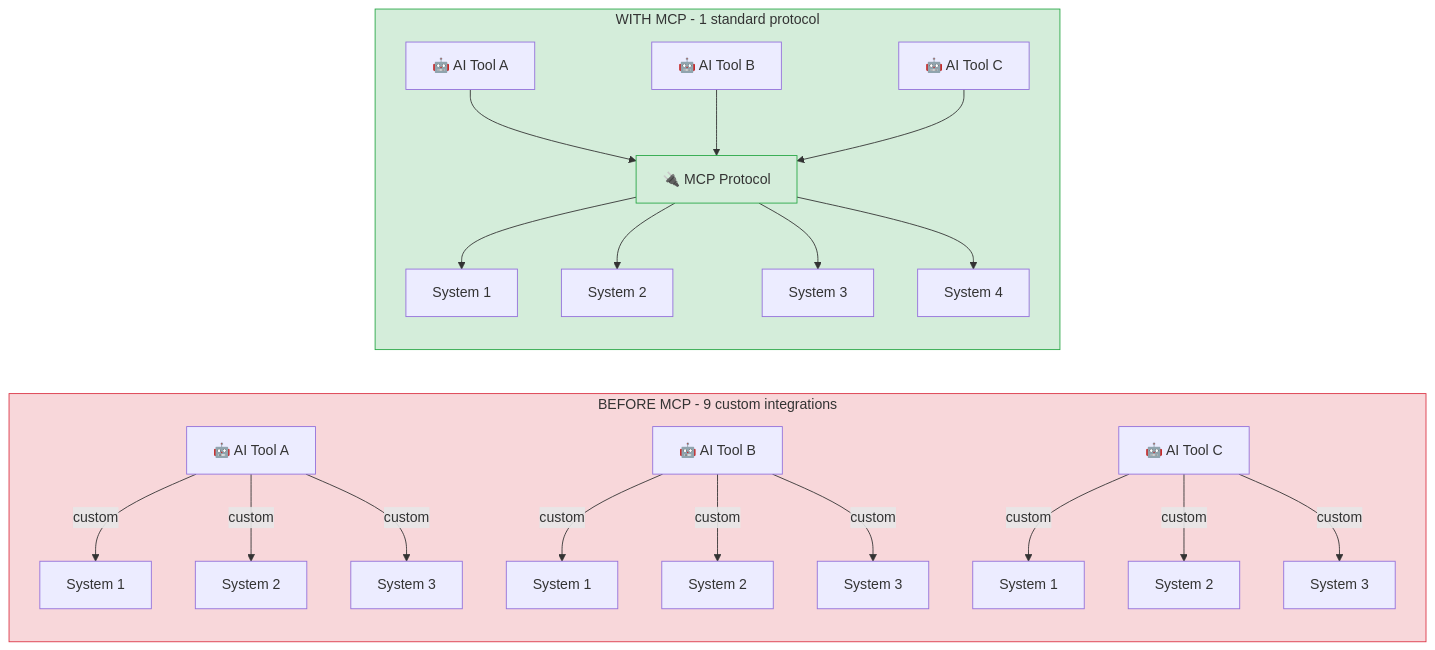
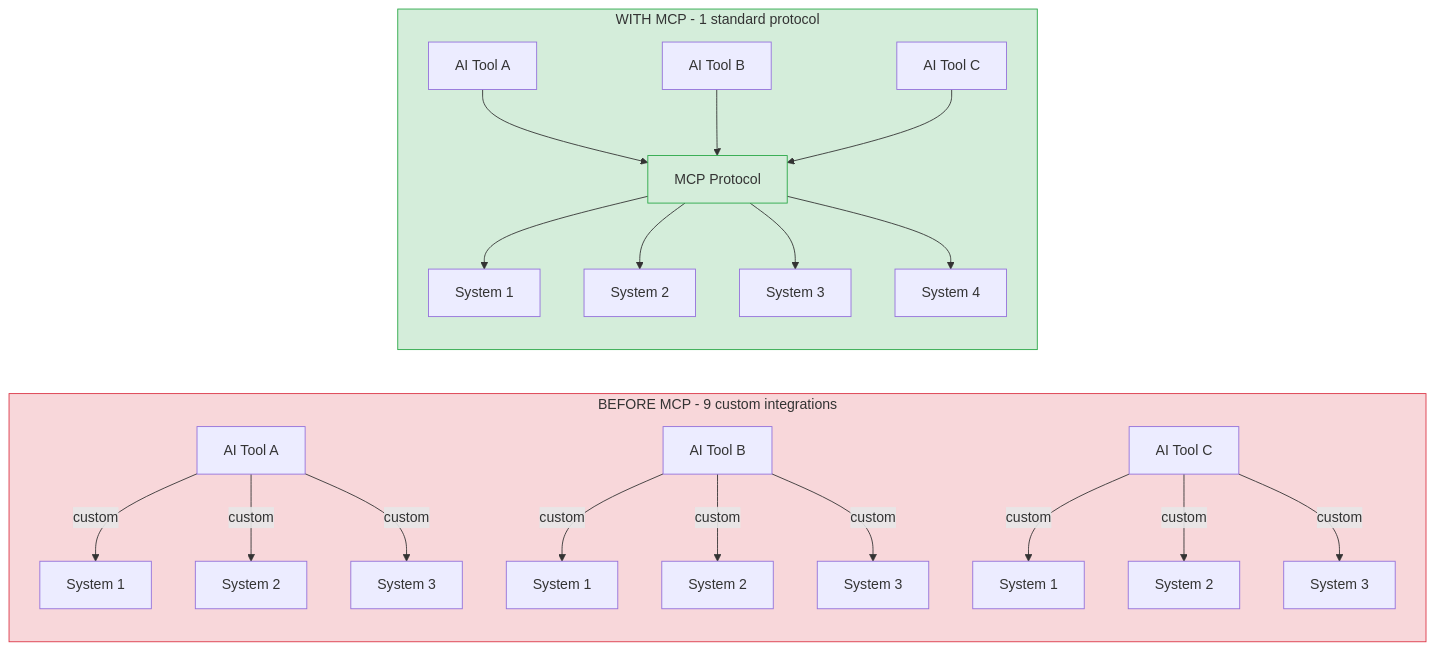
The first of 2 diagrams in docs/08-mcp.md (ithinktavo/GenAI-Engineering-Handbook), drawn with Mermaid before and after one commit. The commit also changed other lines of this file and 10 other files, not shown here.

Commit message:
Diagram updates

````diff
--- a/docs/08-mcp.md
+++ b/docs/08-mcp.md
@@ -15,28 +15,28 @@
 ```mermaid
 graph LR
     subgraph Before ["BEFORE MCP - 9 custom integrations"]
-        A1["🤖 AI Tool A"] -- "custom" --> S1a["System 1"]
+        A1["AI Tool A"] -- "custom" --> S1a["System 1"]
         A1 -- "custom" --> S2a["System 2"]
         A1 -- "custom" --> S3a["System 3"]
-        B1["🤖 AI Tool B"] -- "custom" --> S1b["System 1"]
+        B1["AI Tool B"] -- "custom" --> S1b["System 1"]
         B1 -- "custom" --> S2b["System 2"]
         B1 -- "custom" --> S3b["System 3"]
-        C1["🤖 AI Tool C"] -- "custom" --> S1c["System 1"]
+        C1["AI Tool C"] -- "custom" --> S1c["System 1"]
         C1 -- "custom" --> S2c["System 2"]
         C1 -- "custom" --> S3c["System 3"]
     end
 
     subgraph After ["WITH MCP - 1 standard protocol"]
-        A2["🤖 AI Tool A"] --> MCP["🔌 MCP Protocol"]
-        B2["🤖 AI Tool B"] --> MCP
-        C2["🤖 AI Tool C"] --> MCP
+        A2["AI Tool A"] --> MCP["MCP Protocol"]
+        B2["AI Tool B"] --> MCP
+        C2["AI Tool C"] --> MCP
         MCP --> S1["System 1"]
         MCP --> S2["System 2"]
         MCP --> S3["System 3"]
         MCP --> S4["System 4"]
     end
 
     style MCP fill:#d4edda,stroke:#28a745
     style Before fill:#f8d7da,stroke:#dc3545
     style After fill:#d4edda,stroke:#28a745
 ```
````
